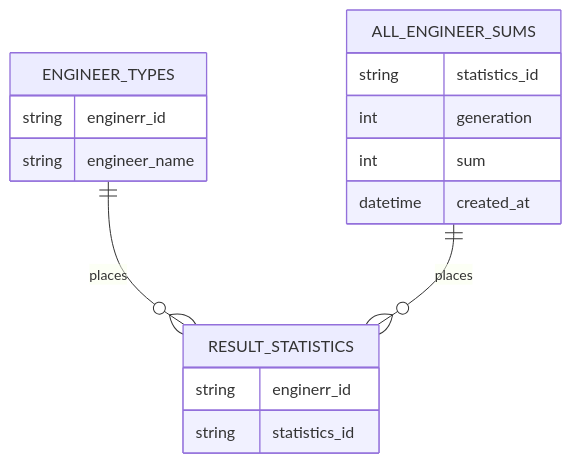
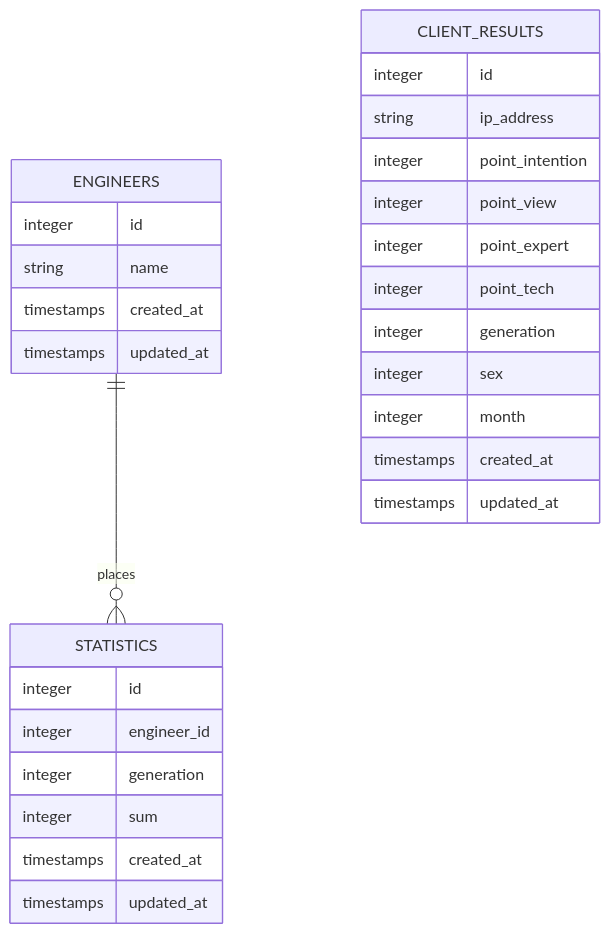
Before and after one commit to yuron3141/my_web_docs: the diagram in src/docs/my-dev/engineer-judge-app/api/diagram/ER.md, drawn with Mermaid. The commit also changed 5 other files, not shown here.

````diff
--- a/src/docs/my-dev/engineer-judge-app/api/diagram/ER.md
+++ b/src/docs/my-dev/engineer-judge-app/api/diagram/ER.md
@@ -7,19 +7,31 @@
 ```mermaid
 erDiagram
-    RESULT_STATISTICS {
-        string enginerr_id
-        string statistics_id
+    STATISTICS {
+        integer id
+        integer engineer_id
+        integer generation
+        integer sum
+        timestamps created_at
+        timestamps updated_at
     }
-    ENGINEER_TYPES ||--o{ RESULT_STATISTICS : places
-    ENGINEER_TYPES {
-        string enginerr_id
-        string engineer_name
+    ENGINEERS ||--o{ STATISTICS : places
+    ENGINEERS {
+        integer id
+        string name
+        timestamps created_at
+        timestamps updated_at
     }
-    ALL_ENGINEER_SUMS ||--o{ RESULT_STATISTICS : places
-    ALL_ENGINEER_SUMS {
-        string statistics_id
-        int generation
-        int sum
-        datetime created_at
+    CLIENT_RESULTS {
+        integer id
+        string ip_address
+        integer point_intention
+        integer point_view
+        integer point_expert
+        integer point_tech
+        integer generation
+        integer sex
+        integer month
+        timestamps created_at
+        timestamps updated_at
     }
 ```
````
